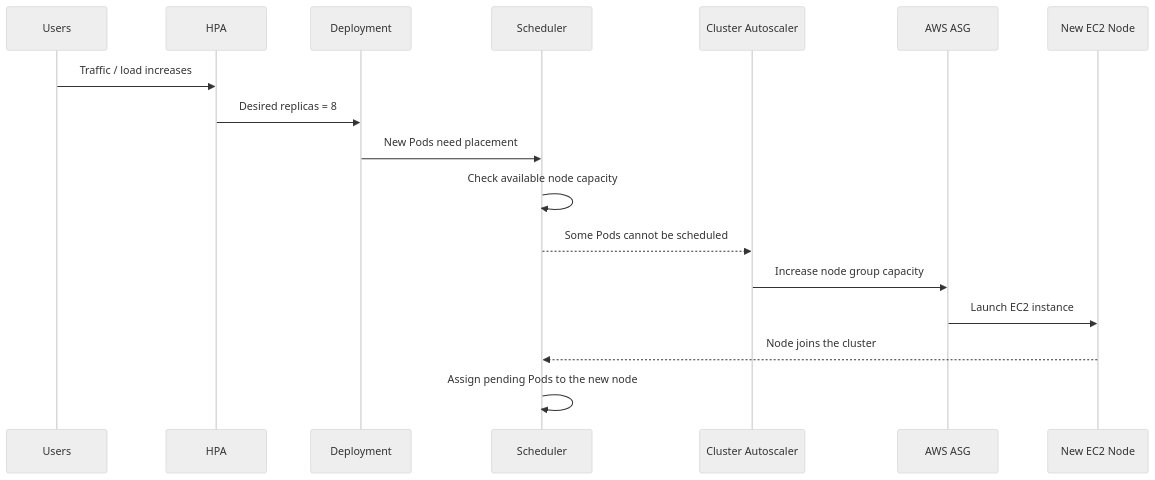
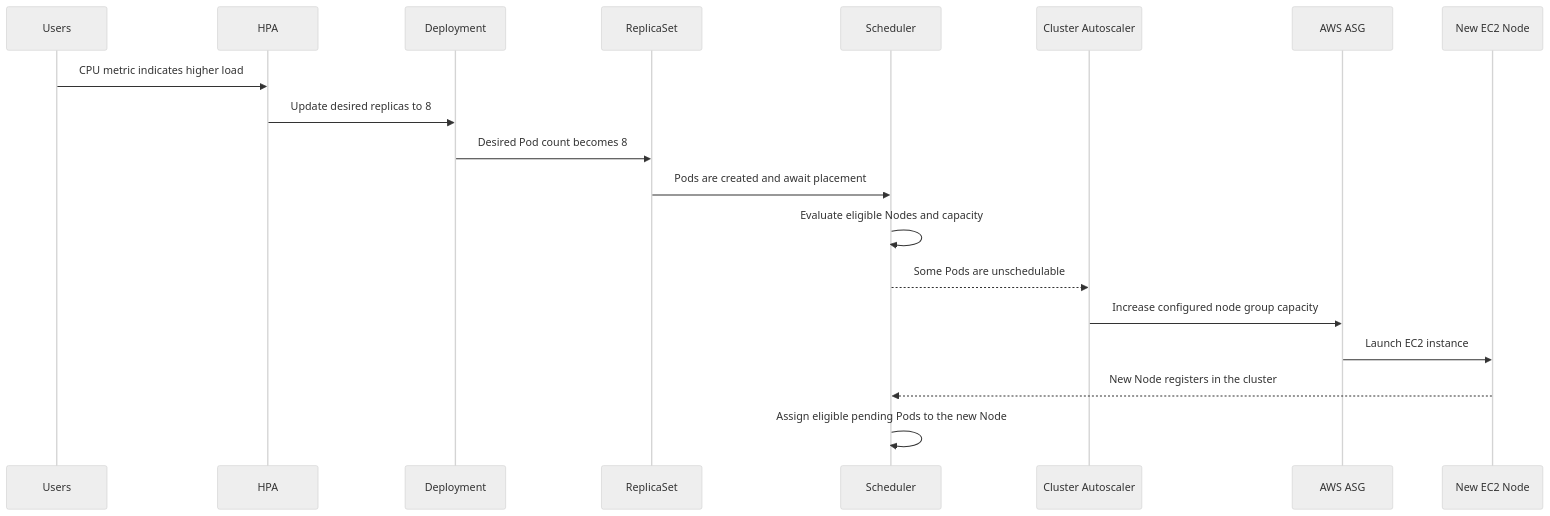
Before and after one commit to shomi-khan/k8s-tutorial: diagram 11 of 12 in chapters/00-kubernetes-foundation/README.md, drawn with Mermaid (neutral theme). The commit also changed other lines of this file, not shown here.

Commit message:
docs: clarify Chapter 00 learning flow and diagrams

````diff
--- a/chapters/00-kubernetes-foundation/README.md
+++ b/chapters/00-kubernetes-foundation/README.md
@@ -467,20 +454,22 @@
 ```mermaid
 sequenceDiagram
     participant U as Users
     participant H as HPA
     participant D as Deployment
+    participant RS as ReplicaSet
     participant S as Scheduler
     participant CA as Cluster Autoscaler
     participant A as AWS ASG
     participant N as New EC2 Node
 
-    U->>H: Traffic / load increases
-    H->>D: Desired replicas = 8
-    D->>S: New Pods need placement
-    S->>S: Check available node capacity
-    S-->>CA: Some Pods cannot be scheduled
-    CA->>A: Increase node group capacity
+    U->>H: CPU metric indicates higher load
+    H->>D: Update desired replicas to 8
+    D->>RS: Desired Pod count becomes 8
+    RS->>S: Pods are created and await placement
+    S->>S: Evaluate eligible Nodes and capacity
+    S-->>CA: Some Pods are unschedulable
+    CA->>A: Increase configured node group capacity
     A->>N: Launch EC2 instance
-    N-->>S: Node joins the cluster
-    S->>S: Assign pending Pods to the new node
+    N-->>S: New Node registers in the cluster
+    S->>S: Assign eligible pending Pods to the new Node
 ```
````
